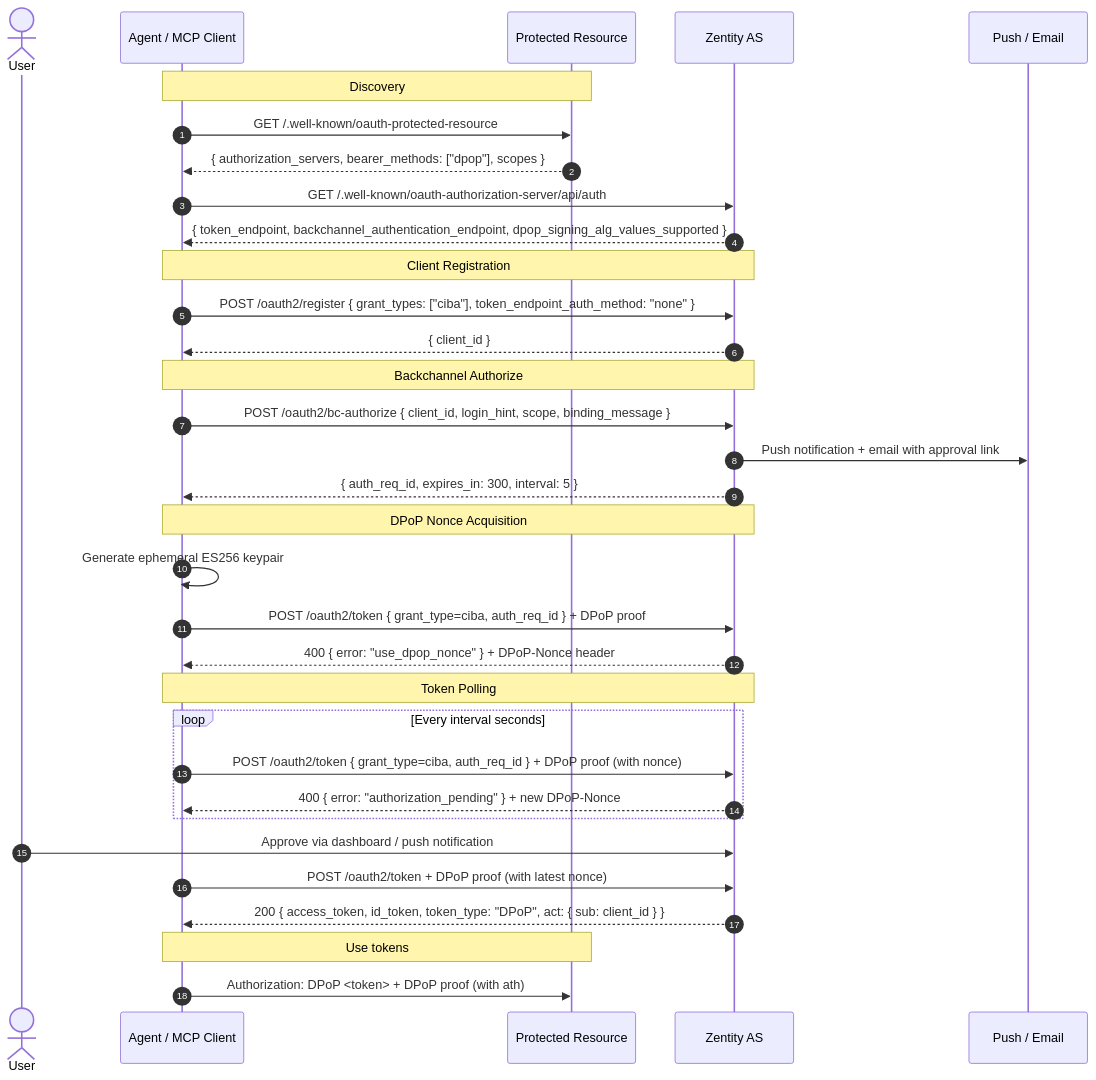
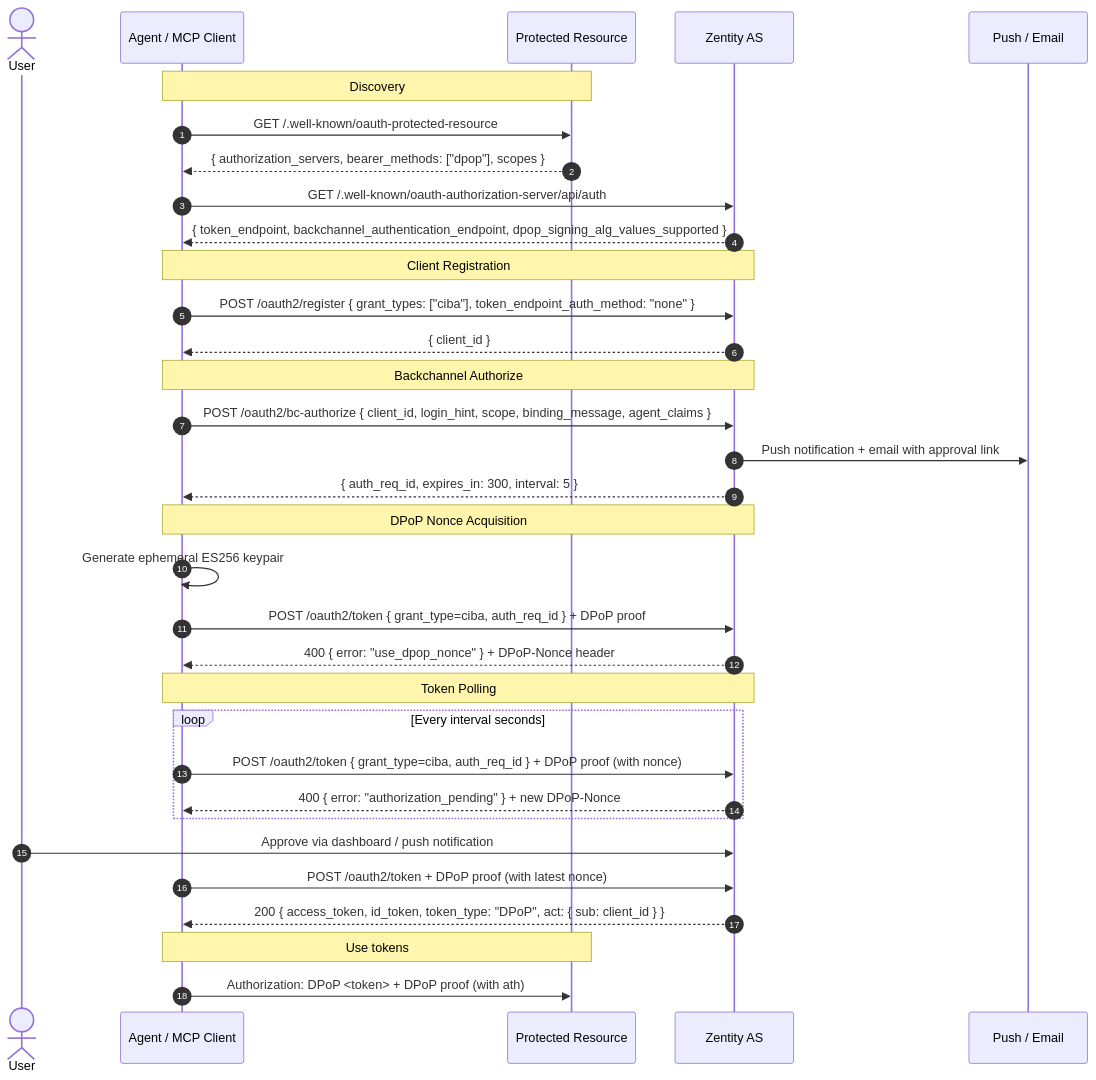
One commit to gustavovalverde/zentity changed the fourth of 6 diagrams in docs/oauth-integrations.md. Above: the diagram before and after it, drawn with Mermaid. The commit also changed other lines of this file and 10 other files, not shown here.

````diff
--- a/docs/oauth-integrations.md
+++ b/docs/oauth-integrations.md
@@ -167,42 +168,42 @@
 ```mermaid
 sequenceDiagram
   autonumber
   actor User
   participant Agent as Agent / MCP Client
   participant RS as Protected Resource
   participant AS as Zentity AS
   participant Notify as Push / Email
 
   Note over Agent,RS: Discovery
   Agent->>RS: GET /.well-known/oauth-protected-resource
   RS-->>Agent: { authorization_servers, bearer_methods: ["dpop"], scopes }
   Agent->>AS: GET /.well-known/oauth-authorization-server/api/auth
   AS-->>Agent: { token_endpoint, backchannel_authentication_endpoint, dpop_signing_alg_values_supported }
 
   Note over Agent,AS: Client Registration
   Agent->>AS: POST /oauth2/register { grant_types: ["ciba"], token_endpoint_auth_method: "none" }
   AS-->>Agent: { client_id }
 
   Note over Agent,AS: Backchannel Authorize
-  Agent->>AS: POST /oauth2/bc-authorize { client_id, login_hint, scope, binding_message }
+  Agent->>AS: POST /oauth2/bc-authorize { client_id, login_hint, scope, binding_message, agent_claims }
   AS->>Notify: Push notification + email with approval link
   AS-->>Agent: { auth_req_id, expires_in: 300, interval: 5 }
 
   Note over Agent,AS: DPoP Nonce Acquisition
   Agent->>Agent: Generate ephemeral ES256 keypair
   Agent->>AS: POST /oauth2/token { grant_type=ciba, auth_req_id } + DPoP proof
   AS-->>Agent: 400 { error: "use_dpop_nonce" } + DPoP-Nonce header
 
   Note over Agent,AS: Token Polling
   loop Every interval seconds
     Agent->>AS: POST /oauth2/token { grant_type=ciba, auth_req_id } + DPoP proof (with nonce)
     AS-->>Agent: 400 { error: "authorization_pending" } + new DPoP-Nonce
   end
 
   User->>AS: Approve via dashboard / push notification
   Agent->>AS: POST /oauth2/token + DPoP proof (with latest nonce)
   AS-->>Agent: 200 { access_token, id_token, token_type: "DPoP", act: { sub: client_id } }
 
   Note over Agent,RS: Use tokens
   Agent->>RS: Authorization: DPoP <token> + DPoP proof (with ath)
 ```
````
